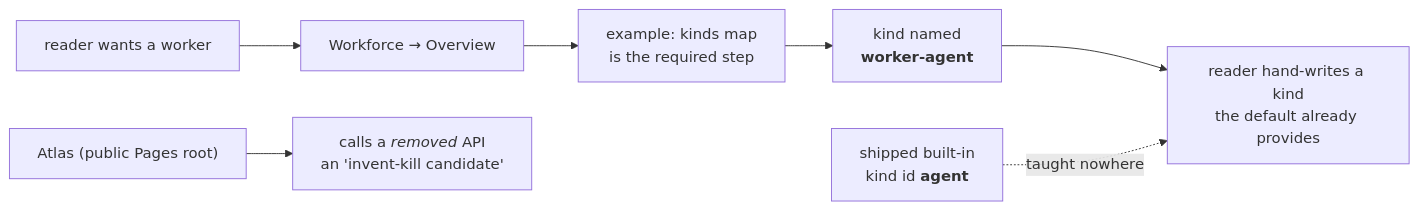
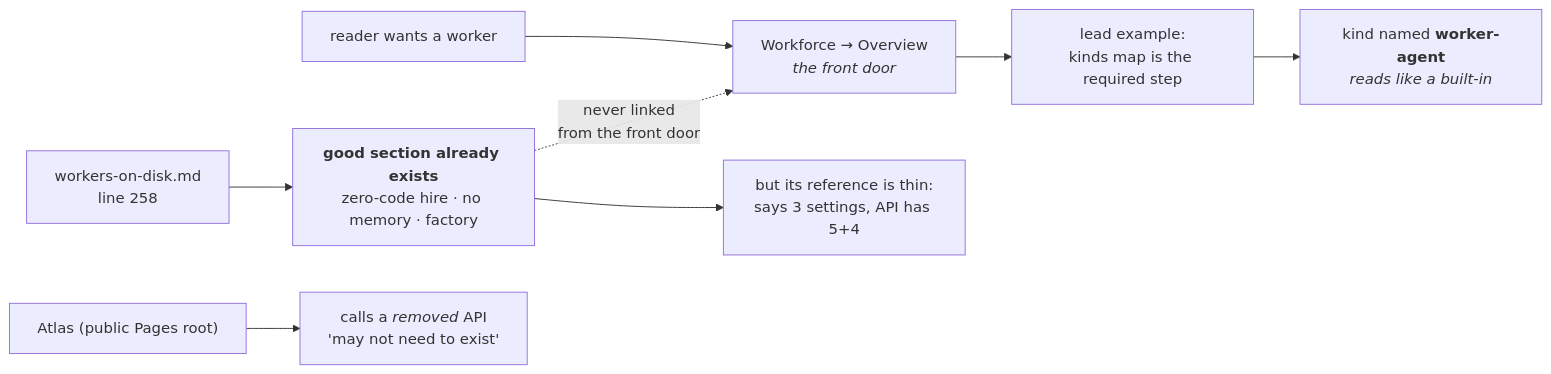
The first of 3 diagrams in spec/FIX-1366.explainer.md (fixpoint-labs/flow-state-dev), drawn with Mermaid before and after one commit. The commit also changed other lines of this file and 1 other file, not shown here.

````diff
--- a/spec/FIX-1366.explainer.md
+++ b/spec/FIX-1366.explainer.md
@@ -5,9 +5,10 @@
 ```mermaid
 flowchart LR
-  R["reader wants a worker"] --> O["Workforce → Overview"]
-  O --> K["example: kinds map<br/>is the required step"]
-  K --> P["kind named<br/><b>worker-agent</b>"]
-  P --> C["reader hand-writes a kind<br/>the default already provides"]
-  B["shipped built-in<br/>kind id <b>agent</b>"] -.->|taught nowhere| C
-  AT["Atlas (public Pages root)"] --> S["calls a <i>removed</i> API<br/>an 'invent-kill candidate'"]
+  R["reader wants a worker"] --> O["Workforce → Overview<br/><i>the front door</i>"]
+  O --> K["lead example:<br/>kinds map is the required step"]
+  K --> P["kind named <b>worker-agent</b><br/><i>reads like a built-in</i>"]
+  W["workers-on-disk.md<br/>line 258"] --> G["<b>good section already exists</b><br/>zero-code hire · no memory · factory"]
+  G -.->|"never linked<br/>from the front door"| O
+  G --> T["but its reference is thin:<br/>says 3 settings, API has 5+4"]
+  AT["Atlas (public Pages root)"] --> S["calls a <i>removed</i> API<br/>'may not need to exist'"]
 ```
````
